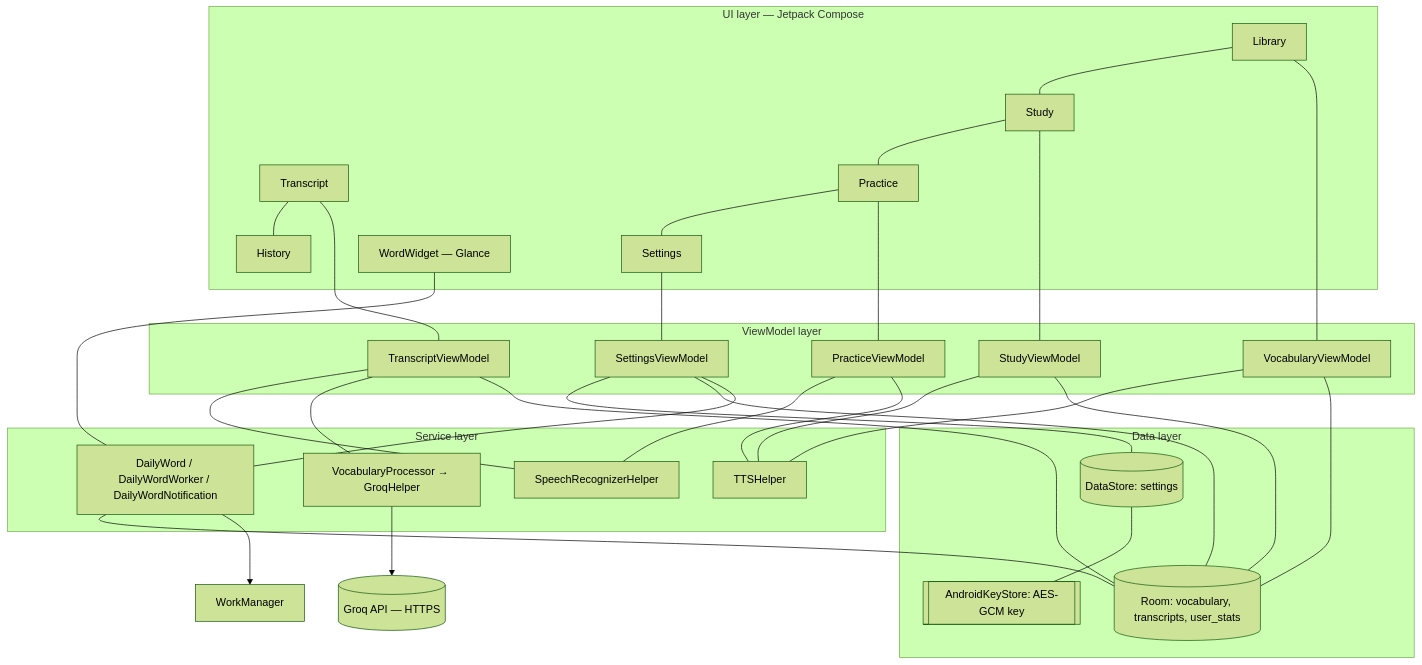
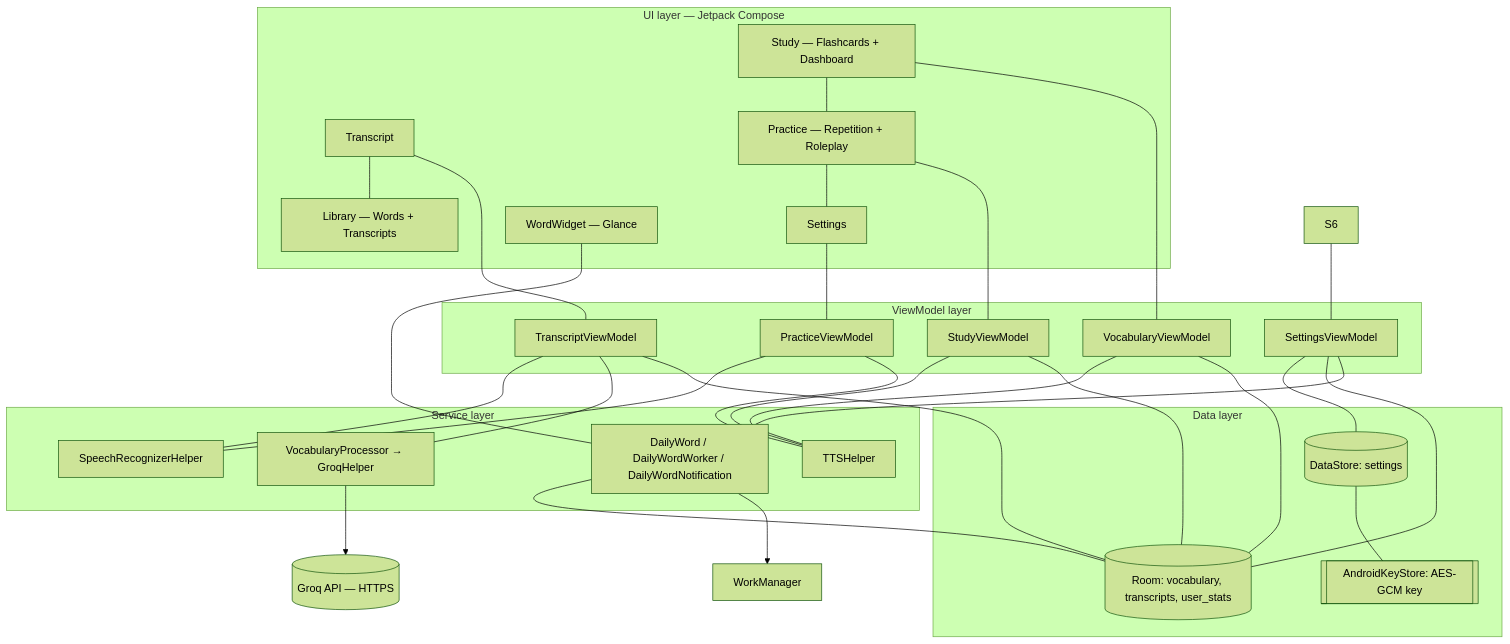
Before and after one commit to shareef01/deutschflow: the second of 4 diagrams in README.md, drawn with Mermaid (forest theme). The commit also changed other lines of this file, not shown here.

````diff
--- a/README.md
+++ b/README.md
@@ -113,35 +140,35 @@
 ```mermaid
 flowchart TB
     subgraph UI["UI layer — Jetpack Compose"]
-        S1[Transcript] --- S2[History]
-        S3[Library] --- S4[Study] --- S5[Practice] --- S6[Settings]
+        S1[Transcript] --- S2["Library — Words + Transcripts"]
+        S3["Study — Flashcards + Dashboard"] --- S4["Practice — Repetition + Roleplay"] --- S5[Settings]
         W[WordWidget — Glance]
     end
     subgraph VM["ViewModel layer"]
         V1[TranscriptViewModel]
         V3[VocabularyViewModel]
         V4[StudyViewModel]
         V5[PracticeViewModel]
         V6[SettingsViewModel]
     end
     subgraph SVC["Service layer"]
         SR[SpeechRecognizerHelper]
         TTS[TTSHelper]
         VP[VocabularyProcessor → GroqHelper]
         DW[DailyWord / DailyWordWorker / DailyWordNotification]
     end
     subgraph DATA["Data layer"]
         ROOM[(Room: vocabulary, transcripts, user_stats)]
         DS[(DataStore: settings)]
         KS[[AndroidKeyStore: AES-GCM key]]
     end
     S1 --- V1 --- SR & VP & ROOM
     S3 --- V3 --- TTS & ROOM
     S4 --- V4 --- TTS & ROOM
     S5 --- V5 --- SR & TTS
     S6 --- V6 --- DS & ROOM & DW
     W --- DW --- ROOM
     DW --> WN[WorkManager]
     VP --> GROQ[(Groq API — HTTPS)]
     DS --- KS
 ```
````
